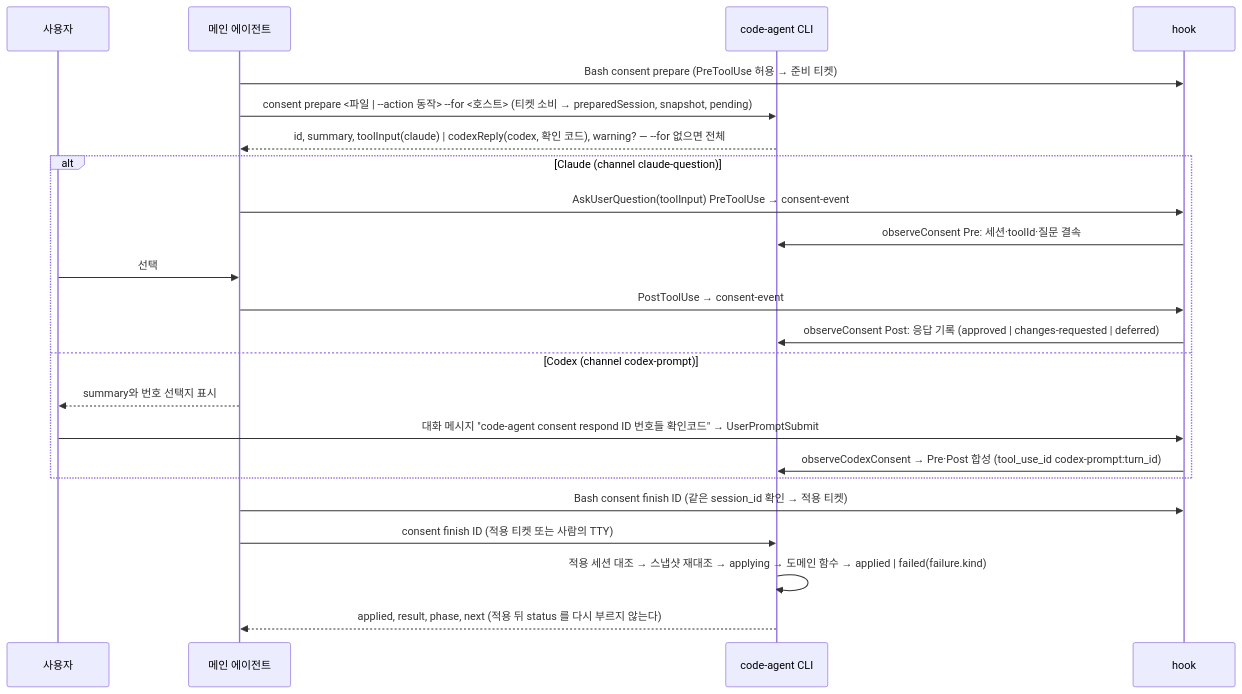
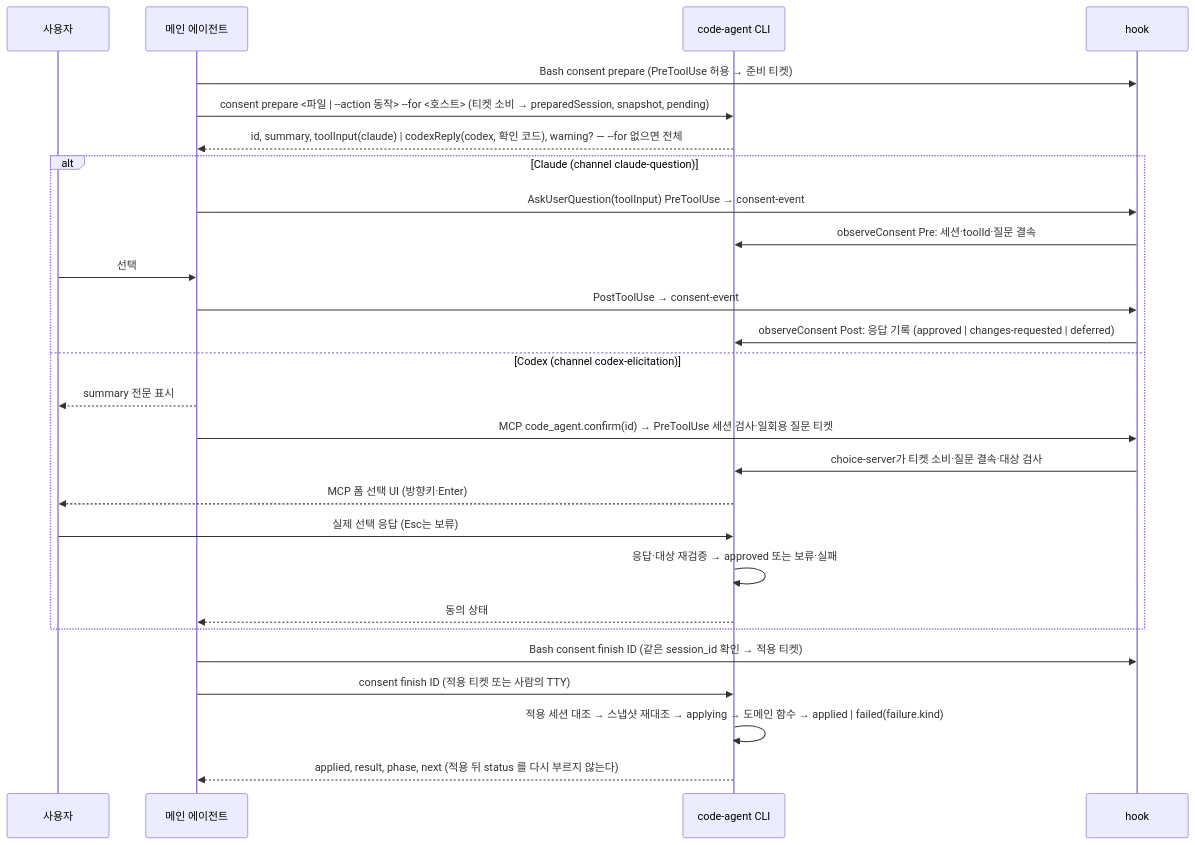
Before and after one commit to collenkim/code-agent: the second of 3 diagrams in doc/process-flow.md, drawn with Mermaid. The commit also changed other lines of this file and 37 other files, not shown here.

````diff
--- a/doc/process-flow.md
+++ b/doc/process-flow.md
@@ -180,25 +182,29 @@
 ```mermaid
 sequenceDiagram
   participant U as 사용자
   participant M as 메인 에이전트
   participant C as code-agent CLI
   participant H as hook
   M->>H: Bash consent prepare (PreToolUse 허용 → 준비 티켓)
   M->>C: consent prepare <파일 | --action 동작> --for <호스트> (티켓 소비 → preparedSession, snapshot, pending)
   C-->>M: id, summary, toolInput(claude) | codexReply(codex, 확인 코드), warning? — --for 없으면 전체
   alt Claude (channel claude-question)
     M->>H: AskUserQuestion(toolInput) PreToolUse → consent-event
     H->>C: observeConsent Pre: 세션·toolId·질문 결속
     U->>M: 선택
     M->>H: PostToolUse → consent-event
     H->>C: observeConsent Post: 응답 기록 (approved | changes-requested | deferred)
-  else Codex (channel codex-prompt)
-    M-->>U: summary와 번호 선택지 표시
-    U->>H: 대화 메시지 "code-agent consent respond ID 번호들 확인코드" → UserPromptSubmit
-    H->>C: observeCodexConsent → Pre·Post 합성 (tool_use_id codex-prompt:turn_id)
+  else Codex (channel codex-elicitation)
+    M-->>U: summary 전문 표시
+    M->>H: MCP code_agent.confirm(id) → PreToolUse 세션 검사·일회용 질문 티켓
+    H->>C: choice-server가 티켓 소비·질문 결속·대상 검사
+    C-->>U: MCP 폼 선택 UI (방향키·Enter)
+    U->>C: 실제 선택 응답 (Esc는 보류)
+    C->>C: 응답·대상 재검증 → approved 또는 보류·실패
+    C-->>M: 동의 상태
   end
   M->>H: Bash consent finish ID (같은 session_id 확인 → 적용 티켓)
   M->>C: consent finish ID (적용 티켓 또는 사람의 TTY)
   C->>C: 적용 세션 대조 → 스냅샷 재대조 → applying → 도메인 함수 → applied | failed(failure.kind)
   C-->>M: applied, result, phase, next (적용 뒤 status 를 다시 부르지 않는다)
 ```
````
